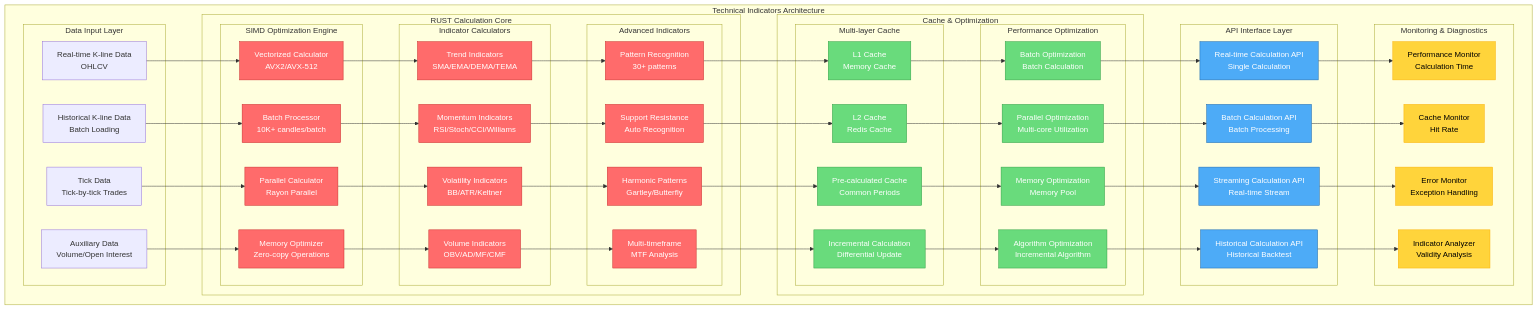
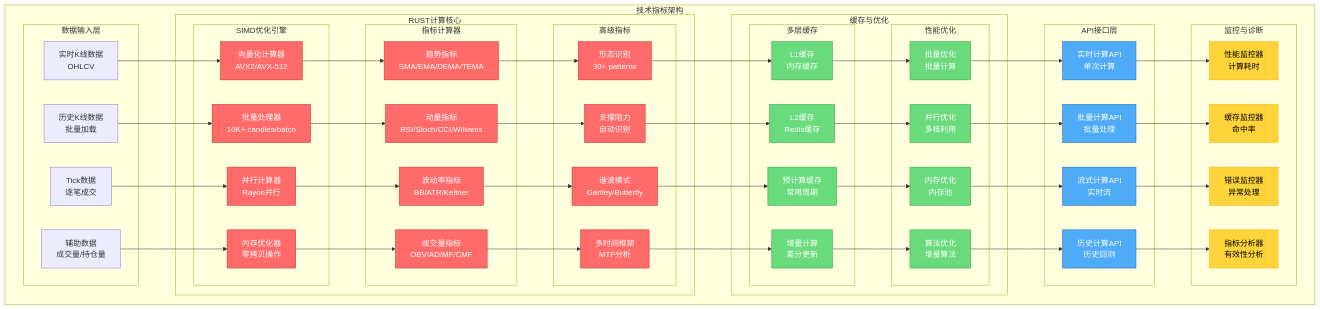
The eighth of 12 diagrams in README.zh.md (zcxGGmu/DeepAlpha), drawn with Mermaid before and after one commit. The commit also changed other lines of this file and 1 other file, not shown here.

````diff
--- a/README.zh.md
+++ b/README.zh.md
@@ -957,64 +956,64 @@
 ```mermaid
 graph TB
-    subgraph "Technical Indicators Architecture"
-        subgraph "Data Input Layer"
-            DI1[Real-time K-line Data<br/>OHLCV]
-            DI2[Historical K-line Data<br/>Batch Loading]
-            DI3[Tick Data<br/>Tick-by-tick Trades]
-            DI4[Auxiliary Data<br/>Volume/Open Interest]
+    subgraph "技术指标架构"
+        subgraph "数据输入层"
+            DI1[实时K线数据<br/>OHLCV]
+            DI2[历史K线数据<br/>批量加载]
+            DI3[Tick数据<br/>逐笔成交]
+            DI4[辅助数据<br/>成交量/持仓量]
         end
 
-        subgraph "RUST Calculation Core"
-            subgraph "SIMD Optimization Engine"
-                SI1[Vectorized Calculator<br/>AVX2/AVX-512]
-                SI2[Batch Processor<br/>10K+ candles/batch]
-                SI3[Parallel Calculator<br/>Rayon Parallel]
-                SI4[Memory Optimizer<br/>Zero-copy Operations]
+        subgraph "RUST计算核心"
+            subgraph "SIMD优化引擎"
+                SI1[向量化计算器<br/>AVX2/AVX-512]
+                SI2[批量处理器<br/>10K+ candles/batch]
+                SI3[并行计算器<br/>Rayon并行]
+                SI4[内存优化器<br/>零拷贝操作]
             end
 
-            subgraph "Indicator Calculators"
-                IC1[Trend Indicators<br/>SMA/EMA/DEMA/TEMA]
-                IC2[Momentum Indicators<br/>RSI/Stoch/CCI/Williams]
-                IC3[Volatility Indicators<br/>BB/ATR/Keltner]
-                IC4[Volume Indicators<br/>OBV/AD/MF/CMF]
+            subgraph "指标计算器"
+                IC1[趋势指标<br/>SMA/EMA/DEMA/TEMA]
+                IC2[动量指标<br/>RSI/Stoch/CCI/Williams]
+                IC3[波动率指标<br/>BB/ATR/Keltner]
+                IC4[成交量指标<br/>OBV/AD/MF/CMF]
             end
 
-            subgraph "Advanced Indicators"
-                AI1[Pattern Recognition<br/>30+ patterns]
-                AI2[Support Resistance<br/>Auto Recognition]
-                AI3[Harmonic Patterns<br/>Gartley/Butterfly]
-                AI4[Multi-timeframe<br/>MTF Analysis]
+            subgraph "高级指标"
+                AI1[形态识别<br/>30+ patterns]
+                AI2[支撑阻力<br/>自动识别]
+                AI3[谐波模式<br/>Gartley/Butterfly]
+                AI4[多时间框架<br/>MTF分析]
             end
         end
 
-        subgraph "Cache & Optimization"
-            subgraph "Multi-layer Cache"
-                CA1[L1 Cache<br/>Memory Cache]
-                CA2[L2 Cache<br/>Redis Cache]
-                CA3[Pre-calculated Cache<br/>Common Periods]
-                CA4[Incremental Calculation<br/>Differential Update]
+        subgraph "缓存与优化"
+            subgraph "多层缓存"
+                CA1[L1缓存<br/>内存缓存]
+                CA2[L2缓存<br/>Redis缓存]
+                CA3[预计算缓存<br/>常用周期]
+                CA4[增量计算<br/>差分更新]
             end
 
-            subgraph "Performance Optimization"
-                PO1[Batch Optimization<br/>Batch Calculation]
-                PO2[Parallel Optimization<br/>Multi-core Utilization]
-                PO3[Memory Optimization<br/>Memory Pool]
-                PO4[Algorithm Optimization<br/>Incremental Algorithm]
+            subgraph "性能优化"
+                PO1[批量优化<br/>批量计算]
+                PO2[并行优化<br/>多核利用]
+                PO3[内存优化<br/>内存池]
+                PO4[算法优化<br/>增量算法]
             end
         end
 
-        subgraph "API Interface Layer"
-            API1[Real-time Calculation API<br/>Single Calculation]
-            API2[Batch Calculation API<br/>Batch Processing]
-            API3[Streaming Calculation API<br/>Real-time Stream]
-            API4[Historical Calculation API<br/>Historical Backtest]
+        subgraph "API接口层"
+            API1[实时计算API<br/>单次计算]
+            API2[批量计算API<br/>批量处理]
+            API3[流式计算API<br/>实时流]
+            API4[历史计算API<br/>历史回测]
         end
 
-        subgraph "Monitoring & Diagnostics"
-            MT1[Performance Monitor<br/>Calculation Time]
-            MT2[Cache Monitor<br/>Hit Rate]
-            MT3[Error Monitor<br/>Exception Handling]
-            MT4[Indicator Analyzer<br/>Validity Analysis]
+        subgraph "监控与诊断"
+            MT1[性能监控器<br/>计算耗时]
+            MT2[缓存监控器<br/>命中率]
+            MT3[错误监控器<br/>异常处理]
+            MT4[指标分析器<br/>有效性分析]
         end
     end
 
````
